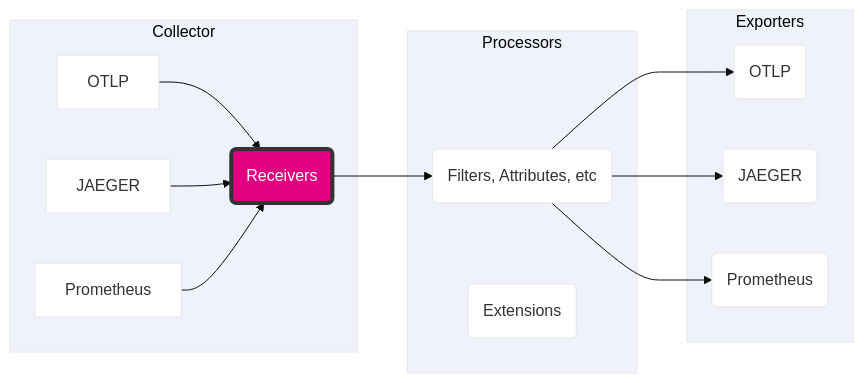
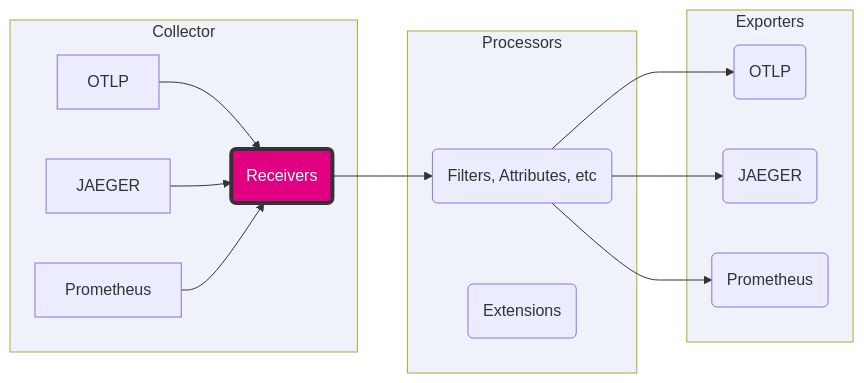
The diagram in content/en/ninja-workshops/foundations/3-opentelemetry-collector-workshops/1-opentelemetry-collector/3-receivers/_index.md (splunk/observability-workshop), drawn with Mermaid before and after one commit. The commit also changed 14 other files, not shown here.

Commit message:
Bump theme and fix mermaid charts

```diff
--- a/content/en/ninja-workshops/foundations/3-opentelemetry-collector-workshops/1-opentelemetry-collector/3-receivers/_index.md
+++ b/content/en/ninja-workshops/foundations/3-opentelemetry-collector-workshops/1-opentelemetry-collector/3-receivers/_index.md
@@ -11,29 +11,28 @@
 {{< mermaid >}}
 %%{
   init:{
-    "theme":"base",
     "themeVariables": {
       "primaryColor": "#ffffff",
       "clusterBkg": "#eff2fb",
       "defaultLinkColor": "#333333"
     }
   }
 }%%
 
 flowchart LR;
     style M fill:#e20082,stroke:#333,stroke-width:4px,color:#fff
     subgraph Collector
     A[OTLP] --> M(Receivers)
     B[JAEGER] --> M(Receivers)
     C[Prometheus] --> M(Receivers)
     end
     subgraph Processors
     M(Receivers) --> H(Filters, Attributes, etc)
     E(Extensions)
     end
     subgraph Exporters
     H(Filters, Attributes, etc) --> S(OTLP)
     H(Filters, Attributes, etc) --> T(JAEGER)
     H(Filters, Attributes, etc) --> U(Prometheus)
     end
 {{< /mermaid >}}
```
